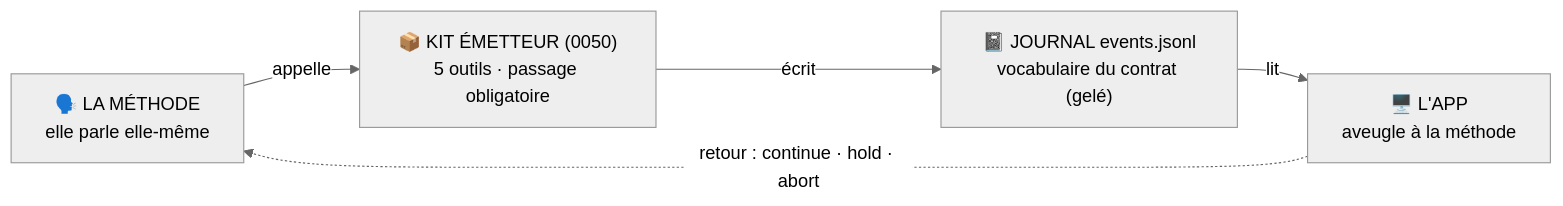
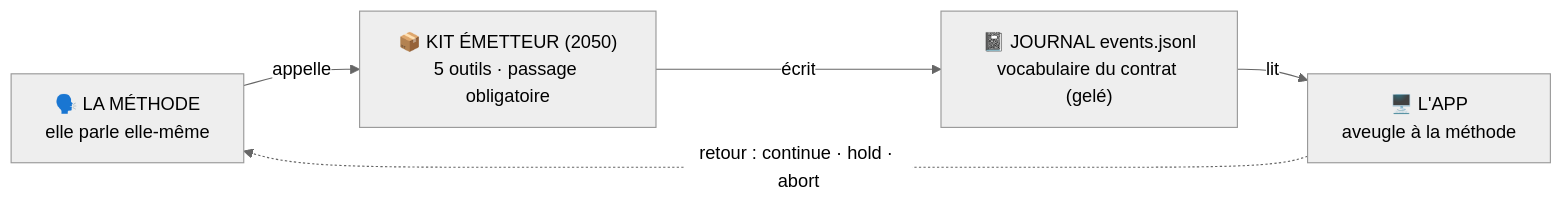
Before and after one commit to elzinko/vectorz: the first of 2 diagrams in docs/brancher-une-methode-existante.md, drawn with Mermaid (neutral theme). The commit also changed other lines of this file and 189 other files, not shown here.

````diff
--- a/docs/brancher-une-methode-existante.md
+++ b/docs/brancher-une-methode-existante.md
@@ -14,9 +14,9 @@
 ```mermaid
 flowchart LR
     MET["🗣️ LA MÉTHODE<br/>elle parle elle-même"]
-    KIT["📦 KIT ÉMETTEUR (0050)<br/>5 outils · passage obligatoire"]
+    KIT["📦 KIT ÉMETTEUR (2050)<br/>5 outils · passage obligatoire"]
     J["📓 JOURNAL events.jsonl<br/>vocabulaire du contrat (gelé)"]
     APP["🖥️ L'APP<br/>aveugle à la méthode"]
     MET -->|appelle| KIT -->|écrit| J -->|lit| APP
     APP -.->|"retour : continue · hold · abort"| MET
 ```
````
